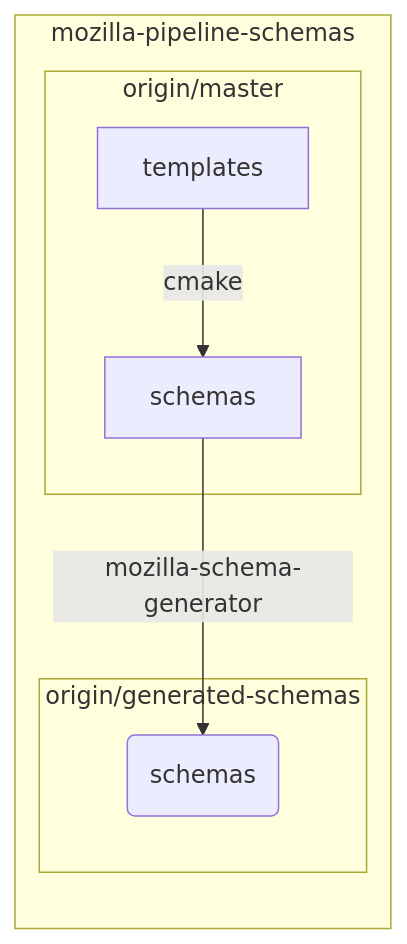
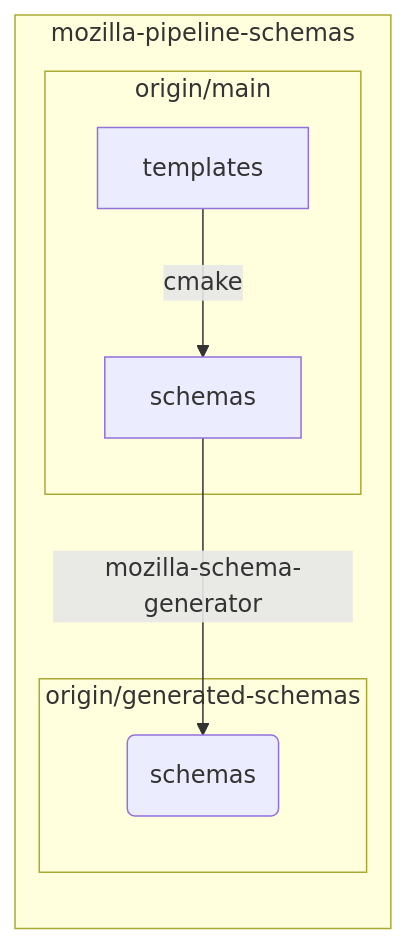
Before and after one commit to mozilla/data-docs: the second of 5 diagrams in src/concepts/pipeline/schemas.md, drawn with Mermaid. The commit also changed other lines of this file and 1 other file, not shown here.

````diff
--- a/src/concepts/pipeline/schemas.md
+++ b/src/concepts/pipeline/schemas.md
@@ -105,13 +105,13 @@
 ```mermaid
 graph LR
 
 subgraph mozilla-pipeline-schemas
-  subgraph origin/master
+  subgraph origin/main
     templates -->|cmake| schemas
   end
 
   subgraph origin/generated-schemas
     schemas -->|mozilla-schema-generator| artifact(schemas)
   end
 end
 ```
````
